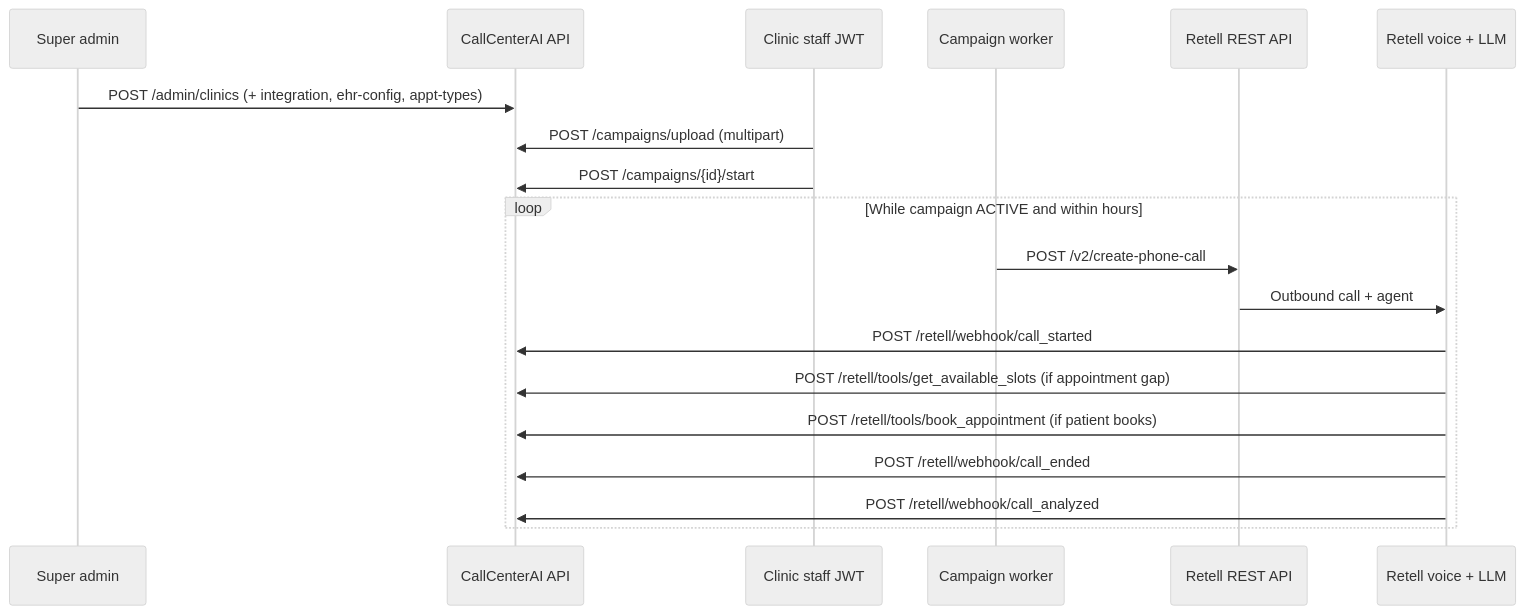
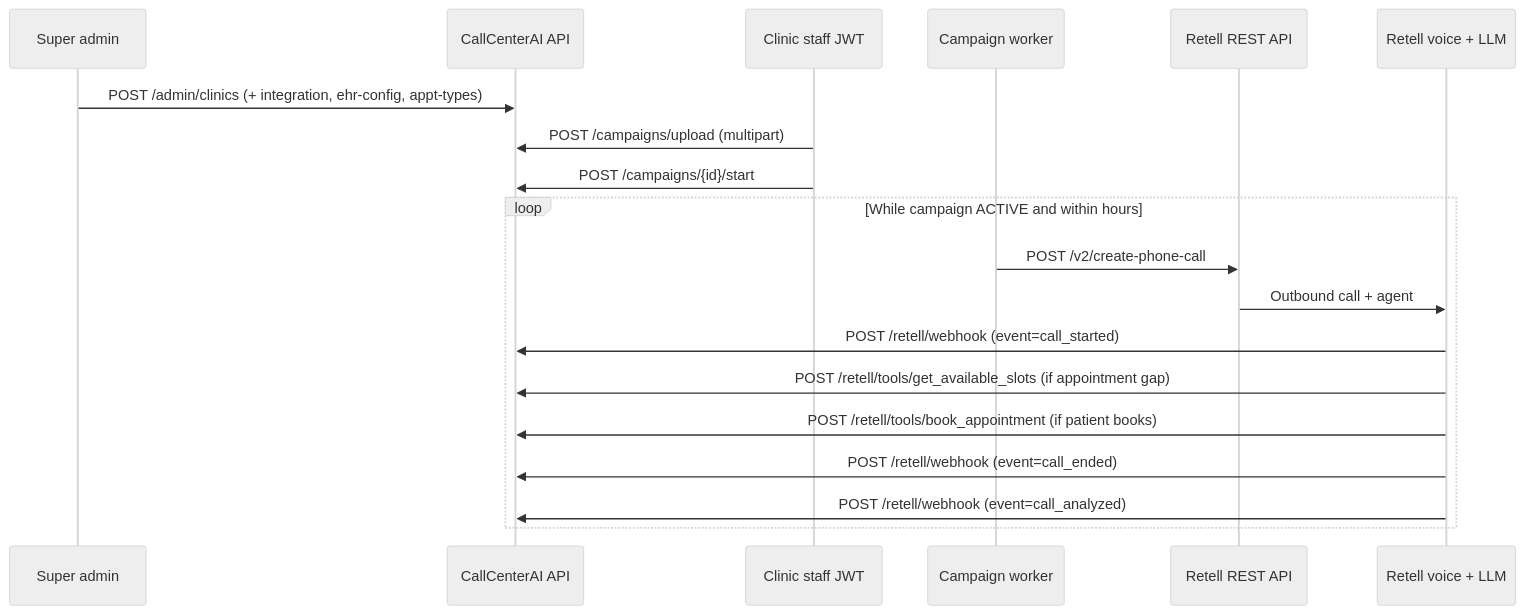
One commit to edgarsuarez123/CallCenterAI changed the diagram in docs/retell_agent_playbook.md. Above: the diagram before and after it, drawn with Mermaid (neutral theme). The commit also changed other lines of this file and 34 other files, not shown here.

````diff
--- a/docs/retell_agent_playbook.md
+++ b/docs/retell_agent_playbook.md
@@ -72,22 +72,22 @@
 ```mermaid
 sequenceDiagram
     participant Admin as Super admin
     participant API as CallCenterAI API
     participant Staff as Clinic staff JWT
     participant W as Campaign worker
     participant R as Retell REST API
     participant T as Retell voice + LLM
 
     Admin->>API: POST /admin/clinics (+ integration, ehr-config, appt-types)
     Staff->>API: POST /campaigns/upload (multipart)
     Staff->>API: POST /campaigns/{id}/start
     loop While campaign ACTIVE and within hours
         W->>R: POST /v2/create-phone-call
         R->>T: Outbound call + agent
-        T->>API: POST /retell/webhook/call_started
+        T->>API: POST /retell/webhook (event=call_started)
         T->>API: POST /retell/tools/get_available_slots (if appointment gap)
         T->>API: POST /retell/tools/book_appointment (if patient books)
-        T->>API: POST /retell/webhook/call_ended
-        T->>API: POST /retell/webhook/call_analyzed
+        T->>API: POST /retell/webhook (event=call_ended)
+        T->>API: POST /retell/webhook (event=call_analyzed)
     end
 ```
````
